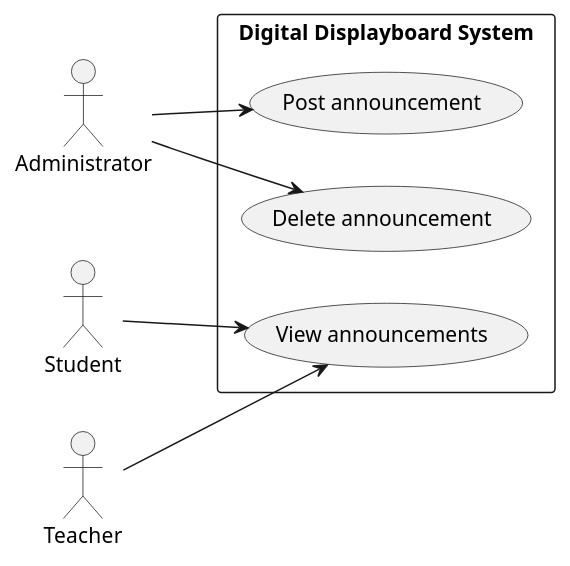
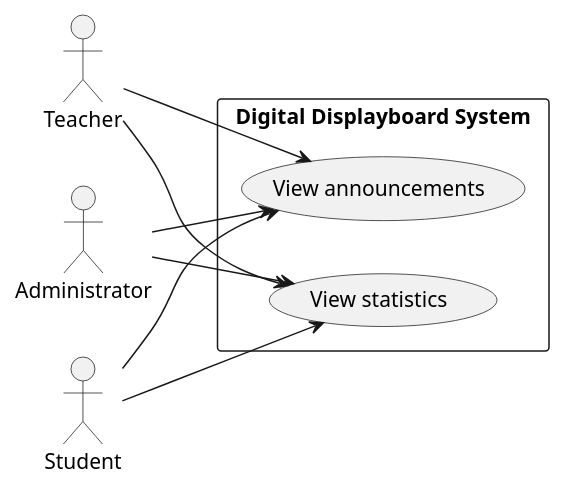
The diagram in planning/use case diagram/use-case-diagram-sprint1.puml (AbderrafieElmrabet/red-thread-project), drawn with PlantUML before and after one commit. The commit also changed 6 other files, not shown here.

Commit message:
diagrams

```diff
--- a/planning/use case diagram/use-case-diagram-sprint1.puml
+++ b/planning/use case diagram/use-case-diagram-sprint1.puml
@@ -2,16 +2,18 @@
 @startuml
 left to right direction
 
 actor Administrator
 actor Student
 actor Teacher
 
 rectangle "Digital Displayboard System" {
-    Administrator --> (Post announcement)
-    Administrator --> (Delete announcement)
+    Administrator --> (View announcements)
+    Administrator --> (View statistics)
 
     Student --> (View announcements)
+    Student --> (View statistics)
 
     Teacher --> (View announcements)
+    Teacher --> (View statistics)
 }
 @enduml
```
